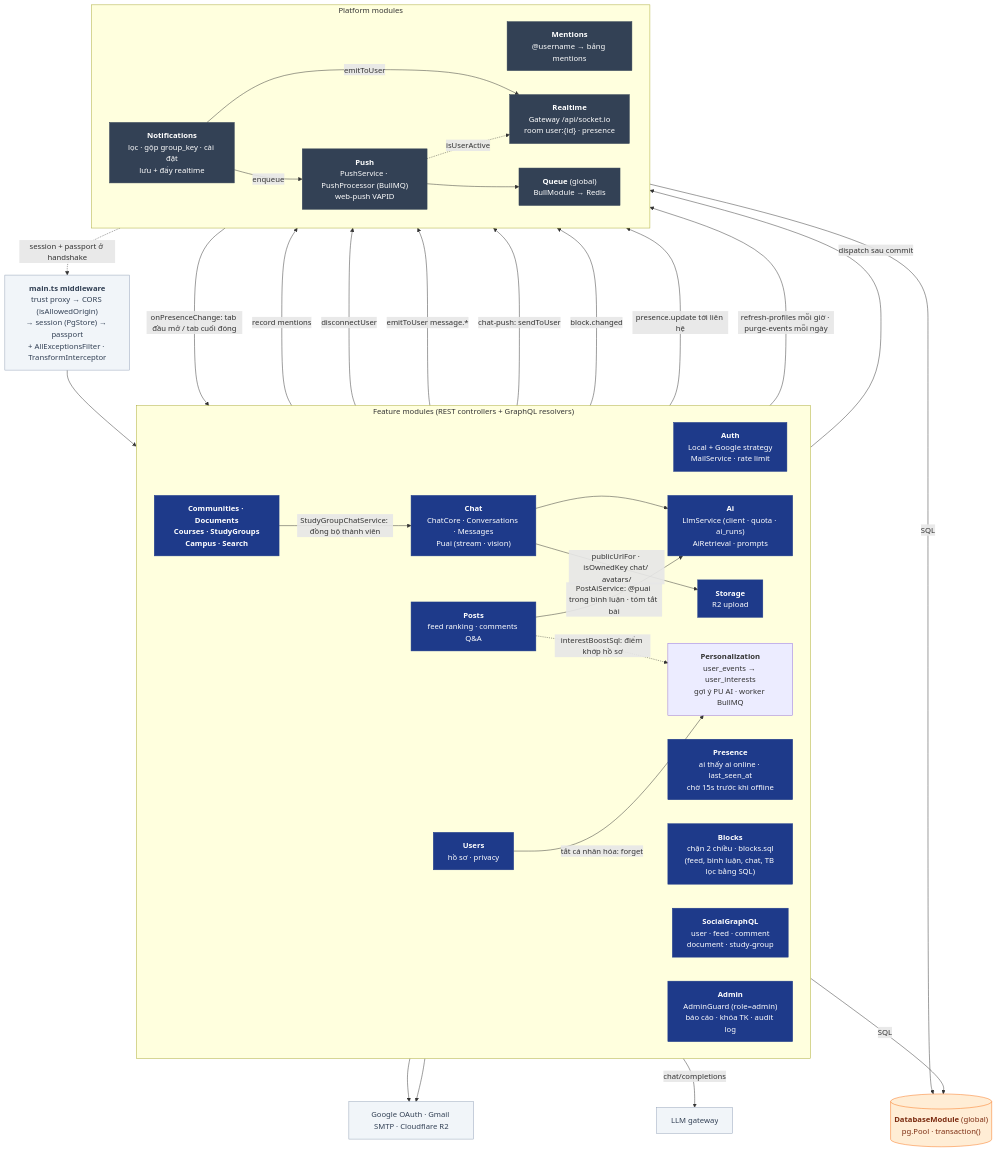
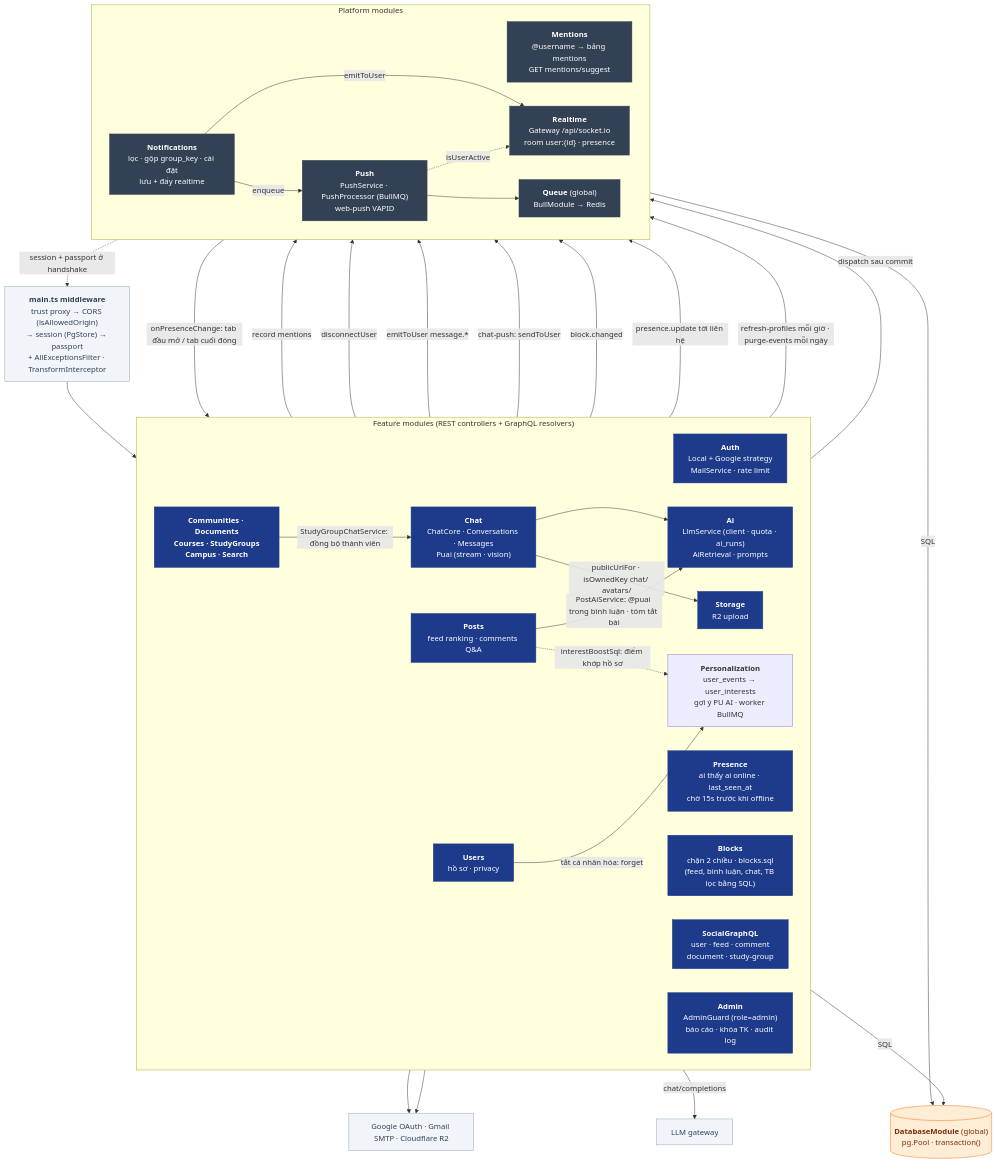
The diagram in docs/diagrams/03-api-components.md (nhatcoi/pu-connect), drawn with Mermaid before and after one commit. The commit also changed other lines of this file and 3 other files, not shown here.

````diff
--- a/docs/diagrams/03-api-components.md
+++ b/docs/diagrams/03-api-components.md
@@ -7,65 +7,65 @@
 ```mermaid
 flowchart TB
   mw["<b>main.ts middleware</b><br/>trust proxy → CORS (isAllowedOrigin)<br/>→ session (PgStore) → passport<br/>+ AllExceptionsFilter · TransformInterceptor"]
 
   subgraph Feature["Feature modules (REST controllers + GraphQL resolvers)"]
     direction LR
     auth["<b>Auth</b><br/>Local + Google strategy<br/>MailService · rate limit"]
     users["<b>Users</b><br/>hồ sơ · privacy"]
     presence["<b>Presence</b><br/>ai thấy ai online · last_seen_at<br/>chờ 15s trước khi offline"]
     blocks["<b>Blocks</b><br/>chặn 2 chiều · blocks.sql<br/>(feed, bình luận, chat, TB lọc bằng SQL)"]
     posts["<b>Posts</b><br/>feed ranking · comments Q&A"]
     gql["<b>SocialGraphQL</b><br/>user · feed · comment<br/>document · study-group"]
     others["<b>Communities · Documents<br/>Courses · StudyGroups<br/>Campus · Search</b>"]
     storage["<b>Storage</b><br/>R2 upload"]
     admin["<b>Admin</b><br/>AdminGuard (role=admin)<br/>báo cáo · khóa TK · audit log"]
     chat["<b>Chat</b><br/>ChatCore · Conversations · Messages<br/>Puai (stream · vision)"]
     ai["<b>Ai</b><br/>LlmService (client · quota · ai_runs)<br/>AiRetrieval · prompts"]
     perso["<b>Personalization</b><br/>user_events → user_interests<br/>gợi ý PU AI · worker BullMQ"]
   end
 
   subgraph Platform["Platform modules"]
     direction LR
-    mentions["<b>Mentions</b><br/>@username → bảng mentions"]
+    mentions["<b>Mentions</b><br/>@username → bảng mentions<br/>GET mentions/suggest"]
     notif["<b>Notifications</b><br/>lọc · gộp group_key · cài đặt<br/>lưu + đẩy realtime"]
     rt["<b>Realtime</b><br/>Gateway /api/socket.io<br/>room user:{id} · presence"]
     push["<b>Push</b><br/>PushService · PushProcessor (BullMQ)<br/>web-push VAPID"]
     queue["<b>Queue</b> (global)<br/>BullModule → Redis"]
   end
 
   db[("<b>DatabaseModule</b> (global)<br/>pg.Pool · transaction()")]
   ext["Google OAuth · Gmail SMTP · Cloudflare R2"]
 
   mw --> Feature
   posts -->|record mentions| mentions
   Feature -->|dispatch sau commit| notif -->|emitToUser| rt
   notif -->|enqueue| push --> queue
   push -. isUserActive .-> rt
   rt -. session + passport ở handshake .-> mw
   Feature -->|SQL| db
   Platform -->|SQL| db
   auth & storage --> ext
   admin -->|disconnectUser| rt
   chat -->|emitToUser message.*| rt
   chat -->|chat-push: sendToUser| push
   chat --> ai
   posts -->|PostAiService: @puai trong bình luận · tóm tắt bài| ai
   ai -->|chat/completions| llm["LLM gateway"]
   chat -->|publicUrlFor · isOwnedKey chat/ avatars/| storage
   others -->|StudyGroupChatService: đồng bộ thành viên| chat
   blocks -->|block.changed| rt
   rt -->|onPresenceChange: tab đầu mở / tab cuối đóng| presence
   presence -->|presence.update tới liên hệ| rt
   users -->|tắt cá nhân hóa: forget| perso
   perso -->|refresh-profiles mỗi giờ · purge-events mỗi ngày| queue
   posts -. interestBoostSql: điểm khớp hồ sơ .-> perso
 
   classDef mod fill:#1e3a8a,stroke:#1e3a8a,color:#fff
   classDef plat fill:#334155,stroke:#334155,color:#fff
   classDef store fill:#ffedd5,stroke:#f97316,color:#7c2d12
   classDef external fill:#f1f5f9,stroke:#94a3b8,color:#334155
   class auth,users,blocks,presence,ai,posts,communities,others,storage,gql,admin,chat mod
   class mentions,notif,rt,push,queue plat
   class db store
   class ext,mw,llm external
 ```
````
